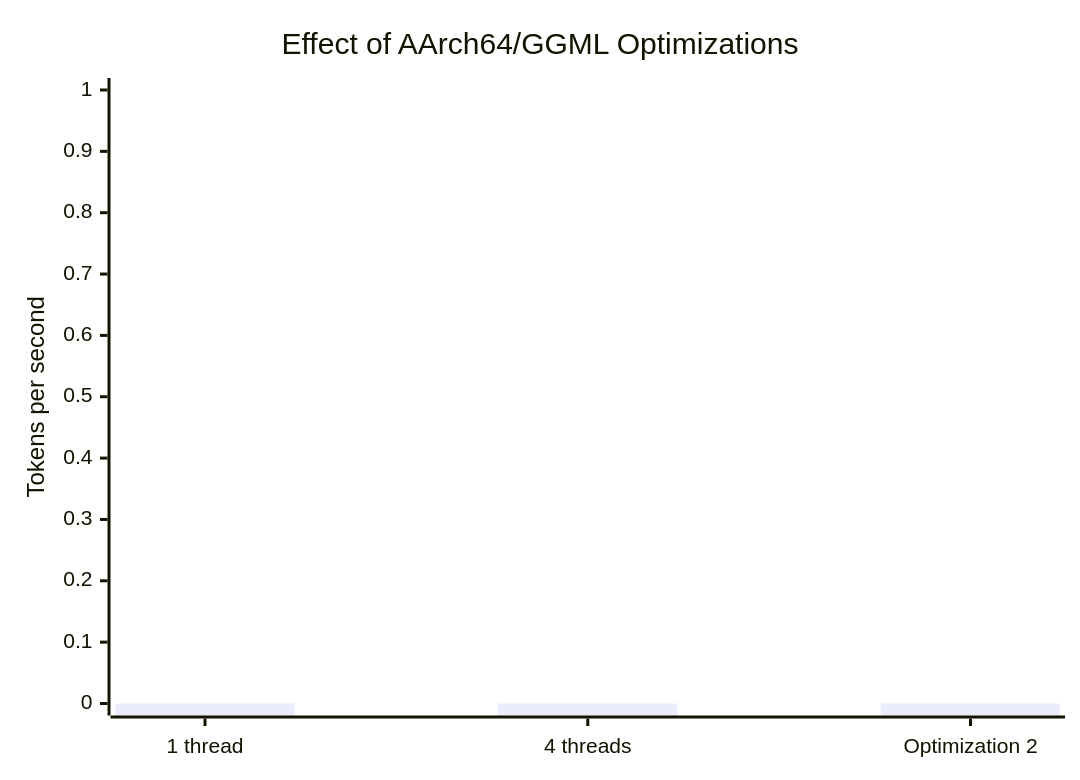
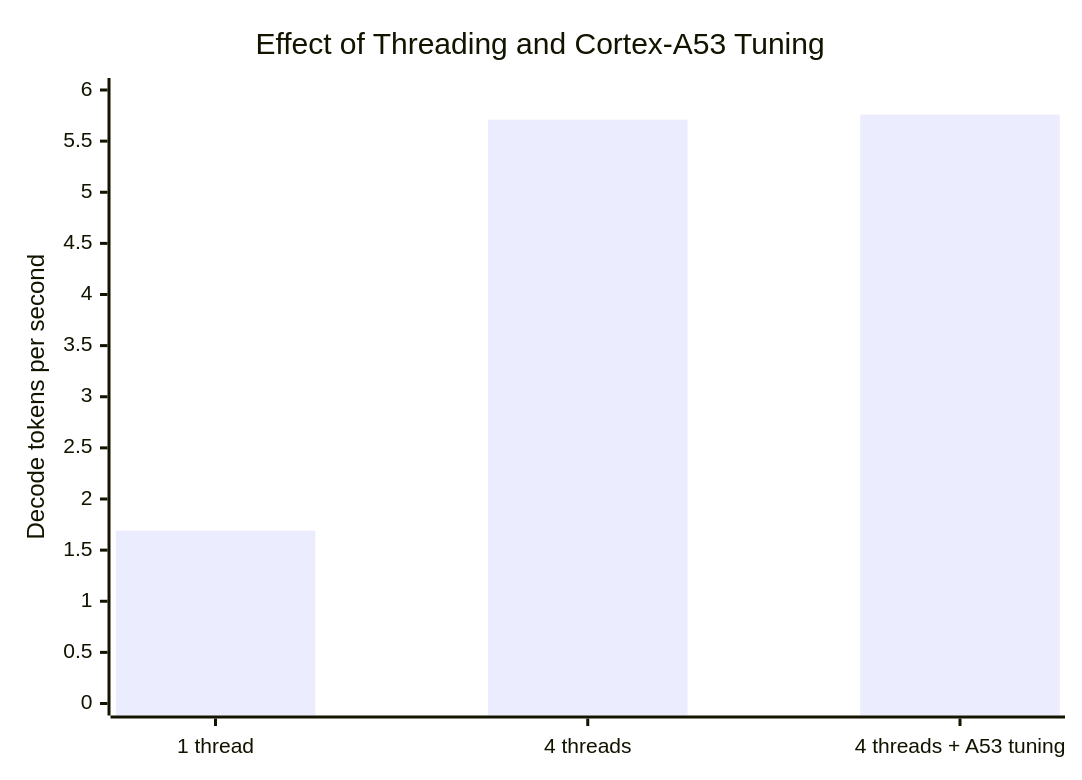
The eighth of 9 diagrams in lab1_report.md (venthandinesh/SoC_Design_Lab), drawn with Mermaid before and after one commit. The commit also changed other lines of this file, not shown here.

Commit message:
Update lab1_report.md - Part 5 Hardware Optimizations

````diff
--- a/lab1_report.md
+++ b/lab1_report.md
@@ -165,7 +171,7 @@
 ```mermaid
 xychart-beta
-    title "Effect of AArch64/GGML Optimizations"
-    x-axis ["1 thread", "4 threads", "Optimization 2"]
-    y-axis "Tokens per second" 0 --> 1
-    bar [0, 0, 0]
+    title "Effect of Threading and Cortex-A53 Tuning"
+    x-axis ["1 thread", "4 threads", "4 threads + A53 tuning"]
+    y-axis "Decode tokens per second" 0 --> 6
+    bar [1.69, 5.71, 5.76]
 ```
````
